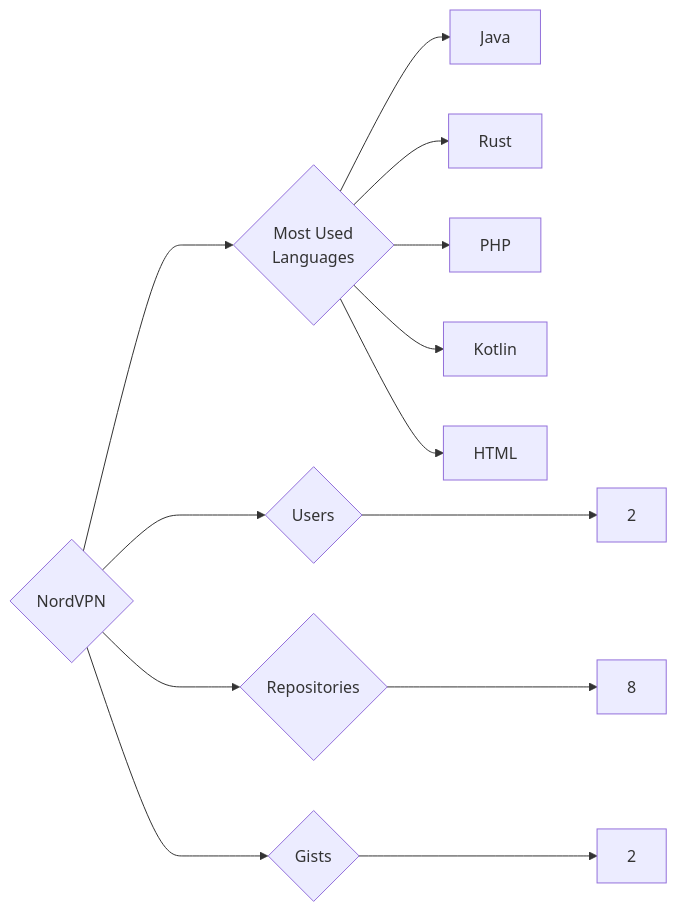
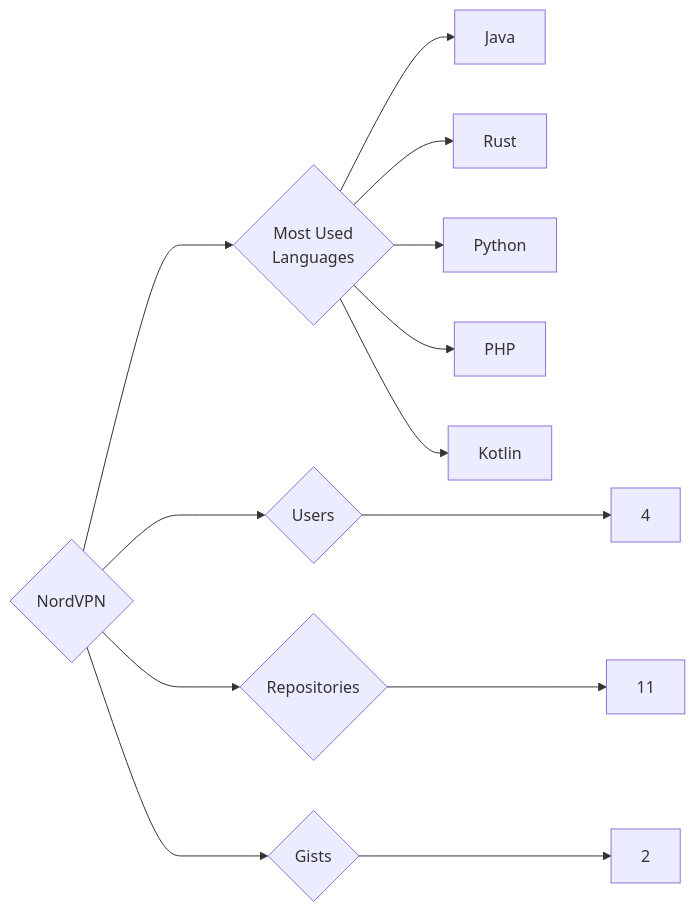
The diagram in targets/NordVPN/README.md (trickest/insiders), drawn with Mermaid before and after one commit. The commit also changed 829 other files, not shown here.

````diff
--- a/targets/NordVPN/README.md
+++ b/targets/NordVPN/README.md
@@ -3,13 +3,13 @@
 ```mermaid
 graph LR
 COMPANY_NAME{NordVPN}
-COMPANY_NAME ---> U{Users} ---> UN[2]
-COMPANY_NAME ---> R{Repositories} ---> RN[8]
+COMPANY_NAME ---> U{Users} ---> UN[4]
+COMPANY_NAME ---> R{Repositories} ---> RN[11]
 COMPANY_NAME ---> G{Gists} ---> GN[2]
 COMPANY_NAME ---> ML{Most Used<br>Languages}
 ML --> Java[Java]
 ML --> Rust[Rust]
+ML --> Python[Python]
 ML --> PHP[PHP]
 ML --> Kotlin[Kotlin]
-ML --> HTML[HTML]
 ```
````
